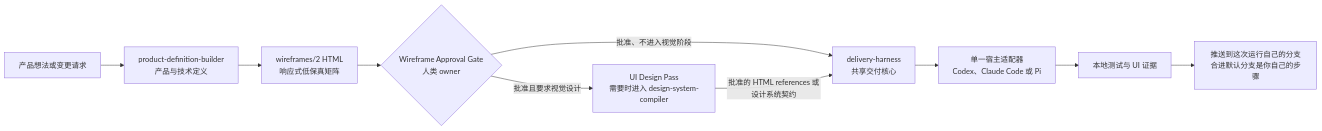
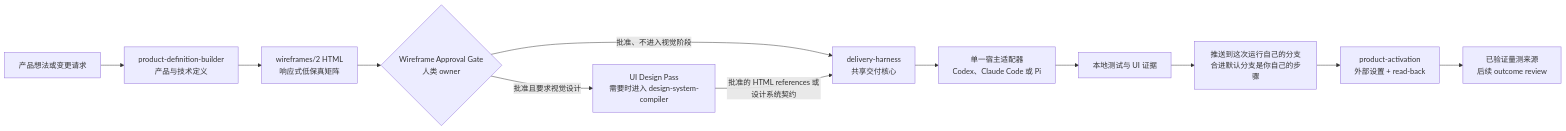
Before and after one commit to Phlegonlabs/product-delivery-harness: the first of 3 diagrams in README.zh-CN.md, drawn with Mermaid. The commit also changed other lines of this file and 35 other files, not shown here.

First line of the commit message:
Add post-delivery product activation (#84)

````diff
--- a/README.zh-CN.md
+++ b/README.zh-CN.md
@@ -64,12 +67,14 @@
 ```mermaid
 flowchart LR
   Idea["产品想法或变更请求"] --> PRD["product-definition-builder\n产品与技术定义"]
   PRD --> Wireframe["wireframes/2 HTML\n响应式低保真矩阵"]
   Wireframe --> Gate{"Wireframe Approval Gate\n人类 owner"}
   Gate -->|"批准且要求视觉设计"| Design["UI Design Pass\n需要时进入 design-system-compiler"]
   Gate -->|"批准、不进入视觉阶段"| Harness["delivery-harness\n共享交付核心"]
   Design -->|"批准的 HTML references 或设计系统契约"| Harness
   Harness --> Runtime["单一宿主适配器\nCodex、Claude Code 或 Pi"]
   Runtime --> Evidence["本地测试与 UI 证据"]
   Evidence --> Push["推送到这次运行自己的分支\n合进默认分支是你自己的步骤"]
+  Push --> Activate["product-activation\n外部设置 + read-back"]
+  Activate --> Outcome["已验证量测来源\n后续 outcome review"]
 ```
````
